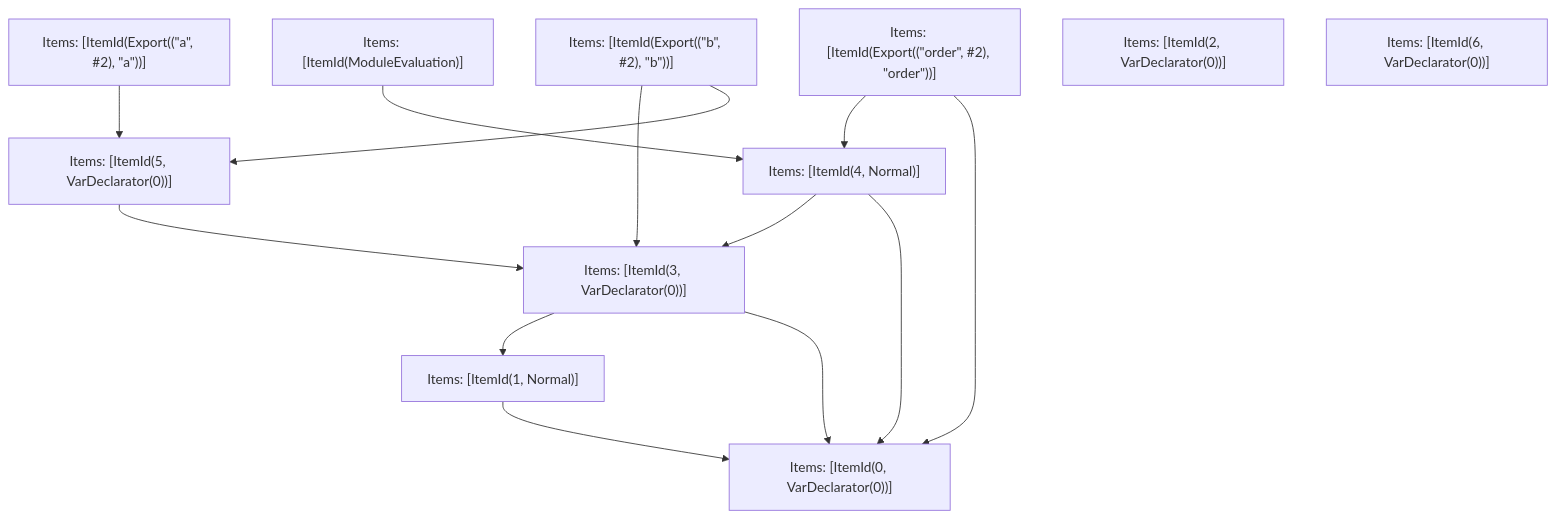
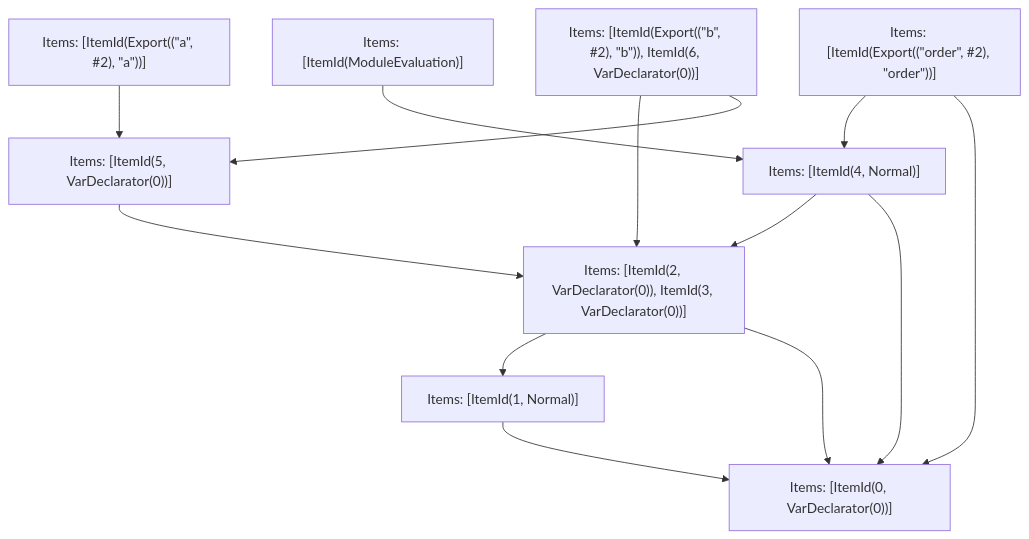
One commit to Sonar-UX-Testing-FreePlan/next.js changed the fifth of 5 diagrams in turbopack/crates/turbopack-ecmascript/tests/tree-shaker/analyzer/shared-2/output.md. Above: the diagram before and after it, drawn with Mermaid. The commit also changed other lines of this file and 38 other files, not shown here.

````diff
--- a/turbopack/crates/turbopack-ecmascript/tests/tree-shaker/analyzer/shared-2/output.md
+++ b/turbopack/crates/turbopack-ecmascript/tests/tree-shaker/analyzer/shared-2/output.md
@@ -211,26 +211,24 @@
 ```mermaid
 graph TD
     N0["Items: [ItemId(ModuleEvaluation)]"];
     N1["Items: [ItemId(Export((&quot;a&quot;, #2), &quot;a&quot;))]"];
-    N2["Items: [ItemId(Export((&quot;b&quot;, #2), &quot;b&quot;))]"];
+    N2["Items: [ItemId(Export((&quot;b&quot;, #2), &quot;b&quot;)), ItemId(6, VarDeclarator(0))]"];
     N3["Items: [ItemId(Export((&quot;order&quot;, #2), &quot;order&quot;))]"];
     N4["Items: [ItemId(0, VarDeclarator(0))]"];
     N5["Items: [ItemId(1, Normal)]"];
-    N6["Items: [ItemId(3, VarDeclarator(0))]"];
+    N6["Items: [ItemId(2, VarDeclarator(0)), ItemId(3, VarDeclarator(0))]"];
     N7["Items: [ItemId(4, Normal)]"];
     N8["Items: [ItemId(5, VarDeclarator(0))]"];
-    N9["Items: [ItemId(2, VarDeclarator(0))]"];
-    N10["Items: [ItemId(6, VarDeclarator(0))]"];
     N5 --> N4;
     N0 --> N7;
     N6 --> N5;
     N6 --> N4;
     N7 --> N6;
     N7 --> N4;
     N8 --> N6;
     N2 --> N6;
     N2 --> N8;
     N3 --> N7;
     N3 --> N4;
     N1 --> N8;
 ```
````
